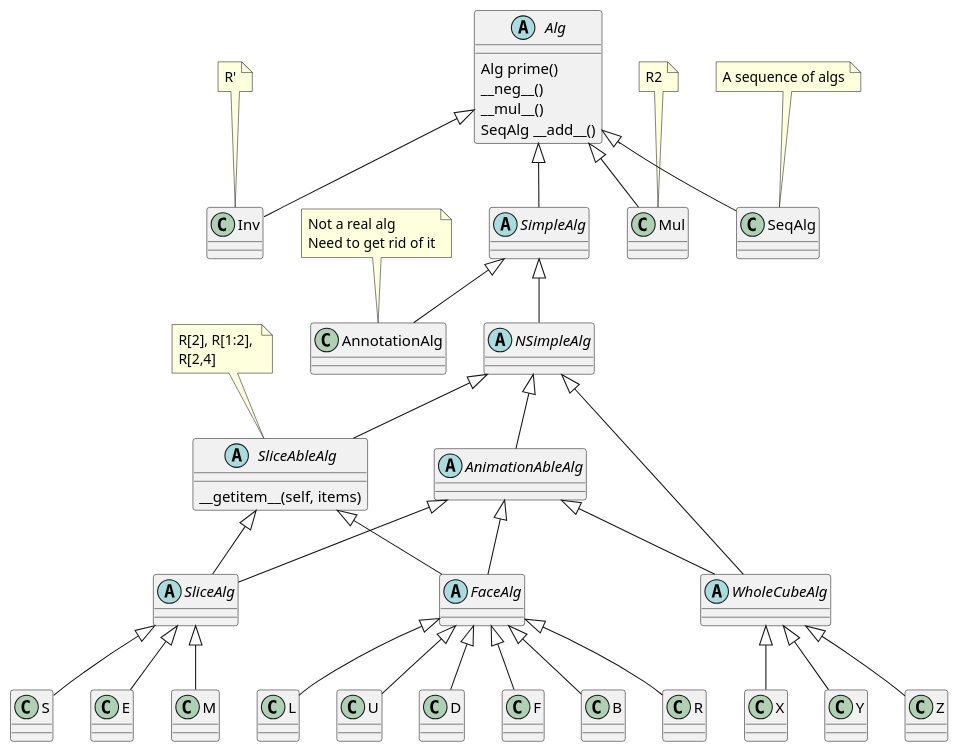
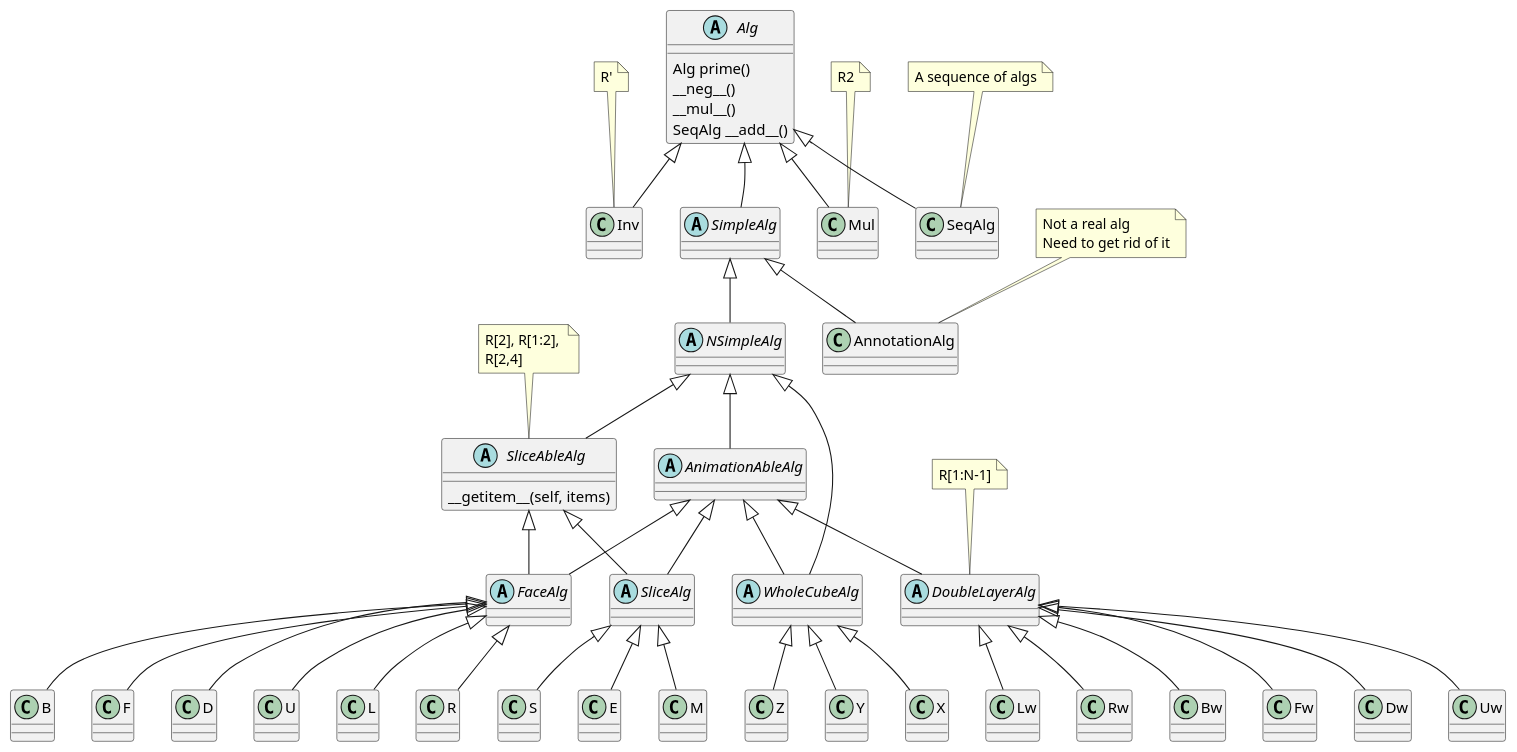
One commit to boaznahum/cubesolve changed the diagram in cube/algs/algs.puml. Above: the diagram before and after it, drawn with PlantUML.

Commit message:
Algs UML

```diff
--- a/cube/algs/algs.puml
+++ b/cube/algs/algs.puml
@@ -1,71 +1,122 @@
 @startuml
 'https://plantuml.com/class-diagram
 
 abstract class Alg {
     Alg prime()
     __neg__()
     __mul__()
     SeqAlg __add__()
 }
 
-abstract class SimpleAlg
-abstract class NSimpleAlg
+together {
+    abstract class SimpleAlg
+    class Inv
+    class Mul
+    class SeqAlg
+}
 
-abstract class AnimationAbleAlg
-
-abstract class SliceAbleAlg {
-    __getitem__(self, items)
-}
-abstract class FaceAlg
-abstract class SliceAlg
-abstract class WholeCubeAlg
-
-class AnnotationAlg
-note top of AnnotationAlg: Not a real alg\nNeed to get rid of it
-
-
+SimpleAlg -up[hidden]-> Alg
 Alg  <|--  SimpleAlg
-SimpleAlg  <|--  NSimpleAlg
-SimpleAlg  <|--  AnnotationAlg
-NSimpleAlg  <|--  AnimationAbleAlg
-NSimpleAlg  <|--  SliceAbleAlg
-
 Alg  <|--  Inv
 Alg  <|--  Mul
 note top of Inv: R'
 note top of Mul: R2
+Alg <|-- SeqAlg
+note top of SeqAlg: A sequence of algs
+
+' under SimpleAlg
+together {
+    abstract class NSimpleAlg
+    class AnnotationAlg
+
+    SimpleAlg  <|--  NSimpleAlg
+    SimpleAlg  <|--  AnnotationAlg
+}
+
+note top of AnnotationAlg: Not a real alg\nNeed to get rid of it
+
+' Under NSimpleAlg
+together {
+    abstract class AnimationAbleAlg
+
+    abstract class SliceAbleAlg {
+        __getitem__(self, items)
+    }
+}
+
+NSimpleAlg  <|--  AnimationAbleAlg
+NSimpleAlg  <|--  SliceAbleAlg
+
+'under AnimationAbleAlg and SliceAbleAlg
+together {
+    abstract class FaceAlg
+    abstract class SliceAlg
+    abstract class WholeCubeAlg
+    abstract class DoubleLayerAlg
+
+
+    ' Make SliceAlg right to Face they both under SliceAbleAlg
+    FaceAlg -right[hidden]-> SliceAlg
+}
+
 
 SliceAbleAlg  <|--  FaceAlg
 AnimationAbleAlg  <|--  FaceAlg
+AnimationAbleAlg  <|--  DoubleLayerAlg
+
+note top of DoubleLayerAlg: R[1:N-1]
 
 note top of SliceAbleAlg: R[2], R[1:2], \nR[2,4]
 
 SliceAbleAlg  <|--  SliceAlg
 AnimationAbleAlg  <|--  SliceAlg
 
 NSimpleAlg  <|--  WholeCubeAlg
 AnimationAbleAlg  <|--  WholeCubeAlg
 
+
+together  {
+
+class U
+
+
 FaceAlg <|-- U
 FaceAlg <|-- D
 FaceAlg <|-- F
 FaceAlg <|-- B
 FaceAlg <|-- R
 FaceAlg <|-- L
+together  {
 
 together  {
-SliceAlg <|-- M
-SliceAlg <|-- E
-SliceAlg <|-- S
+    DoubleLayerAlg <|-- Uw
+    DoubleLayerAlg <|-- Dw
+    DoubleLayerAlg <|-- Fw
+    DoubleLayerAlg <|-- Bw
+    DoubleLayerAlg <|-- Rw
+    DoubleLayerAlg <|-- Lw
 }
 
-WholeCubeAlg <|-- X
-WholeCubeAlg <|-- Y
-WholeCubeAlg <|-- Z
 
-Alg <|-- SeqAlg
 
-note top of SeqAlg: A sequence of algs
+together  {
+    WholeCubeAlg <|-- X
+    WholeCubeAlg <|-- Y
+    WholeCubeAlg <|-- Z
+}
+
+
+together  {
+    SliceAlg <|-- M
+    SliceAlg <|-- E
+    SliceAlg <|-- S
+}
+
+' try to make groups on under the other
+'U -down[hidden]-> S
+
+
+
 
 
 @enduml
```
